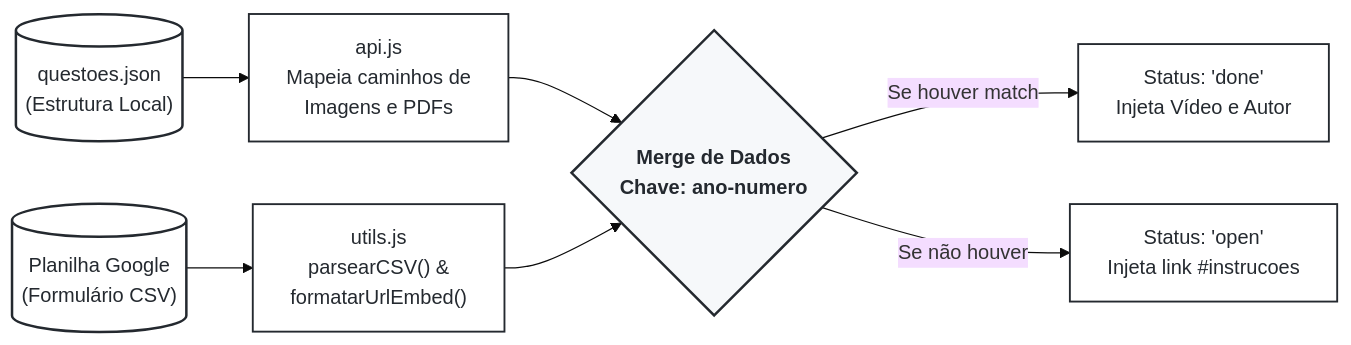
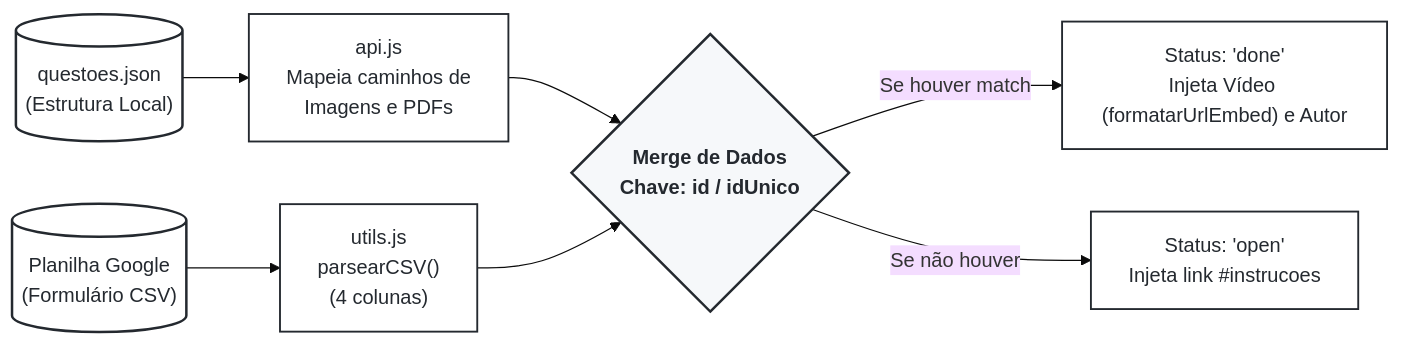
One commit to techsiprepare/techsiprepare.github.io changed the third of 4 diagrams in README.md. Above: the diagram before and after it, drawn with Mermaid (base theme). The commit also changed other lines of this file, not shown here.

Commit message:
chore: atualizar a seção de gestão de dados com detalhes sobre cruzamento de IDs e fontes de dados

````diff
--- a/README.md
+++ b/README.md
@@ -62,20 +118,21 @@
 ```mermaid
 graph LR
     classDef fonte fill:#ffffff,stroke:#24292f,stroke-width:2px,color:#24292f,shape:cylinder;
     classDef processo fill:#fff,stroke:#24292f,stroke-width:1.5px,color:#24292f;
     classDef merge fill:#f6f8fa,stroke:#24292f,stroke-width:2px,color:#24292f,font-weight:bold;
 
     JSON[("questoes.json<br>(Estrutura Local)")] --> Flat["api.js<br>Mapeia caminhos de<br>Imagens e PDFs"]
     
-    CSV[("Planilha Google<br>(Formulário CSV)")] --> Parse["utils.js<br>parsearCSV() &<br>formatarUrlEmbed()"]
+    CSV[("Planilha Google<br>(Formulário CSV)")] --> Parse["utils.js<br>parsearCSV()<br>(4 colunas)"]
 
-    Flat --> Merge{"Merge de Dados<br>Chave: ano-numero"}
+    Flat --> Merge{"Merge de Dados<br>Chave: id / idUnico"}
     Parse --> Merge
 
-    Merge -->|Se houver match| D["Status: 'done'<br>Injeta Vídeo e Autor"]
+    Merge -->|Se houver match| D["Status: 'done'<br>Injeta Vídeo (formatarUrlEmbed) e Autor"]
     Merge -->|Se não houver| O["Status: 'open'<br>Injeta link #instrucoes"]
 
     class JSON,CSV fonte;
     class Flat,Parse,D,O processo;
     class Merge merge;
+
 ```
````
